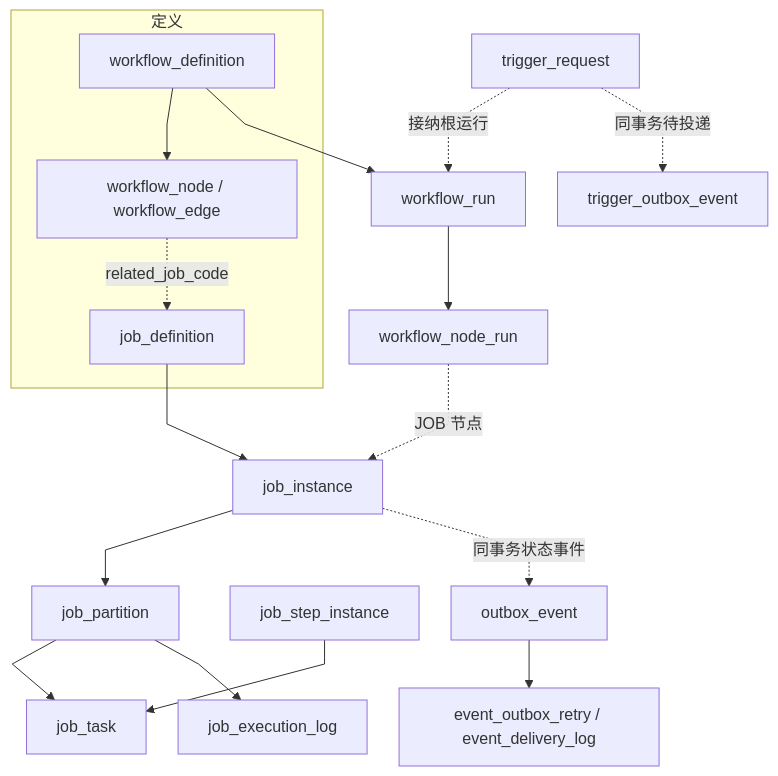
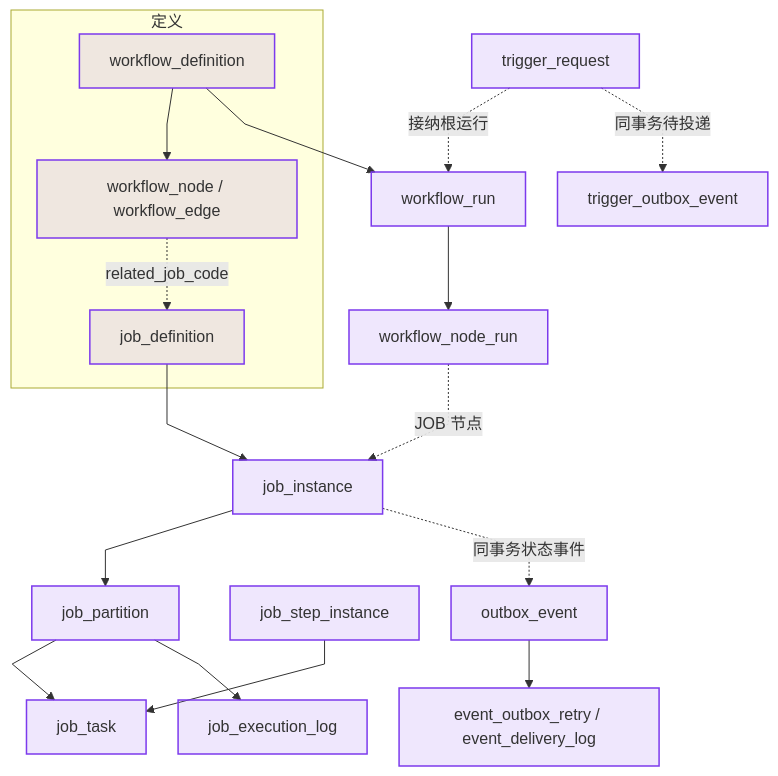
One commit to pinpols/file-batch-system changed the second of 3 diagrams in docs/design/database-schema-guide.md. Above: the diagram before and after it, drawn with Mermaid. The commit also changed other lines of this file and 34 other files, not shown here.

First line of the commit message:
docs(diagram): 完成 P3 Mermaid 图样式收口并补充制图规范 (#1390)

````diff
--- a/docs/design/database-schema-guide.md
+++ b/docs/design/database-schema-guide.md
@@ -50,20 +54,22 @@
 ```mermaid
 %%{init: {"flowchart":{"curve":"linear","nodeSpacing":32,"rankSpacing":48},"sequence":{"mirrorActors":false}}}%%
 flowchart TB
   subgraph definition[定义]
-    WD[workflow_definition] --> N[workflow_node / workflow_edge]
-    N -. related_job_code .-> JD[job_definition]
+    WD[workflow_definition]:::store --> N[workflow_node / workflow_edge]:::store
+    N -. related_job_code .-> JD[job_definition]:::store
   end
-  TR[trigger_request] -. 接纳根运行 .-> WR[workflow_run]
-  TR -. 同事务待投递 .-> TO[trigger_outbox_event]
+  TR[trigger_request]:::store -. 接纳根运行 .-> WR[workflow_run]:::store
+  TR -. 同事务待投递 .-> TO[trigger_outbox_event]:::store
   WD --> WR
-  WR --> NR[workflow_node_run]
-  NR -. JOB 节点 .-> JI[job_instance]
+  WR --> NR[workflow_node_run]:::store
+  NR -. JOB 节点 .-> JI[job_instance]:::store
   JD --> JI
-  JI --> JP[job_partition]
-  JP --> JT[job_task]
-  JP --> JL[job_execution_log]
-  JS[job_step_instance] --> JT
-  JI -. 同事务状态事件 .-> OB[outbox_event]
-  OB --> OD[event_outbox_retry / event_delivery_log]
+  JI --> JP[job_partition]:::store
+  JP --> JT[job_task]:::store
+  JP --> JL[job_execution_log]:::store
+  JS[job_step_instance]:::store --> JT
+  JI -. 同事务状态事件 .-> OB[outbox_event]:::store
+  OB --> OD[event_outbox_retry / event_delivery_log]:::store
+
+  classDef store fill:#7c3aed1f,stroke:#7c3aed,stroke-width:1.5px
 ```
````
